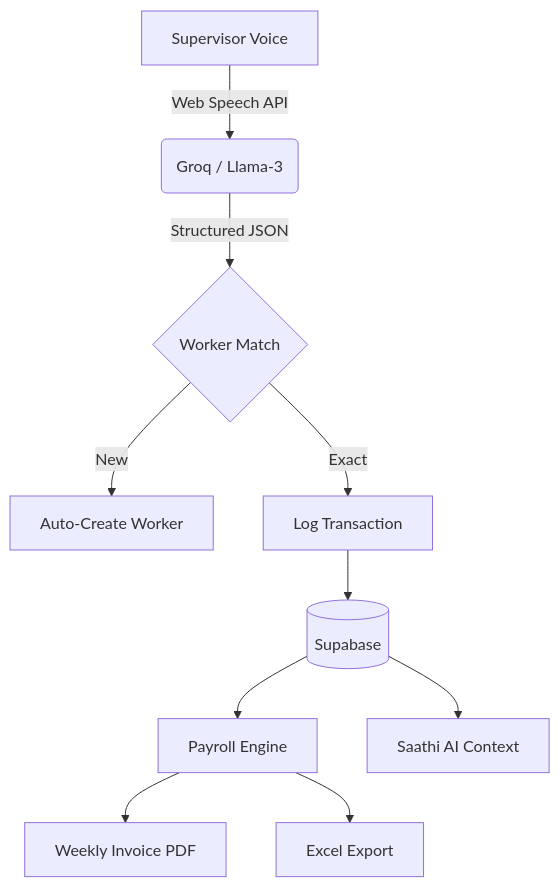
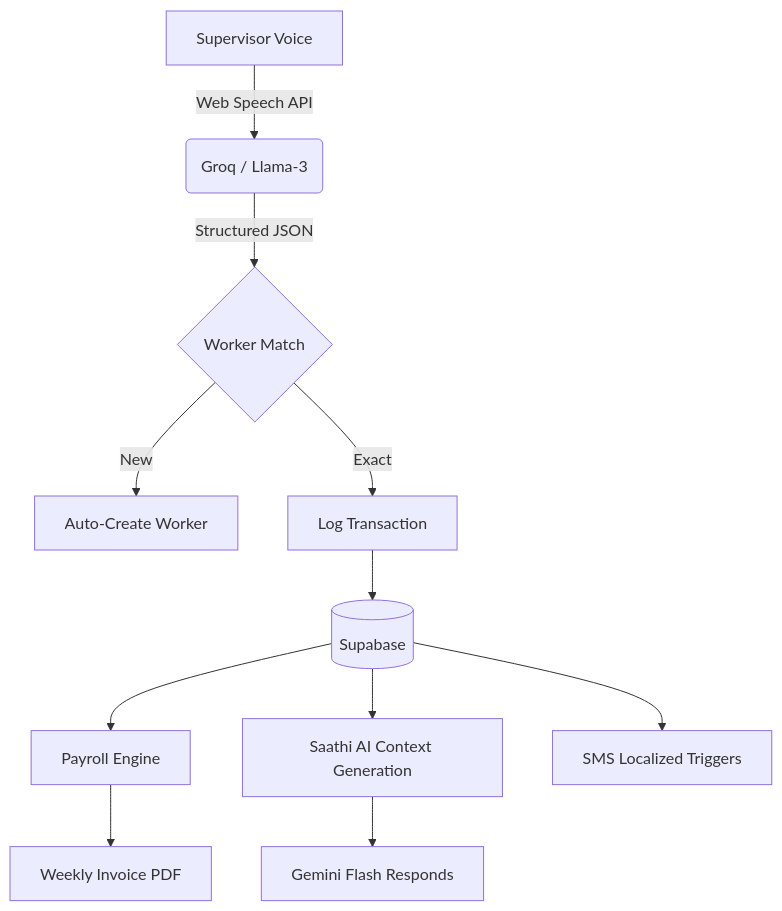
The diagram in README.md (unexperiencedone/vedavoice), drawn with Mermaid before and after one commit. The commit also changed other lines of this file and 15 other files, not shown here.

````diff
--- a/README.md
+++ b/README.md
@@ -60,12 +68,13 @@
 ```mermaid
 graph TD
     A[Supervisor Voice] -->|Web Speech API| B(Groq / Llama-3)
     B -->|Structured JSON| C{Worker Match}
     C -->|New| D[Auto-Create Worker]
     C -->|Exact| E[Log Transaction]
     E --> F[(Supabase)]
     F --> G[Payroll Engine]
     G --> H[Weekly Invoice PDF]
-    G --> I[Excel Export]
-    F --> J[Saathi AI Context]
+    F --> I[Saathi AI Context Generation]
+    I --> J[Gemini Flash Responds]
+    F --> K[SMS Localized Triggers]
 ```
````
